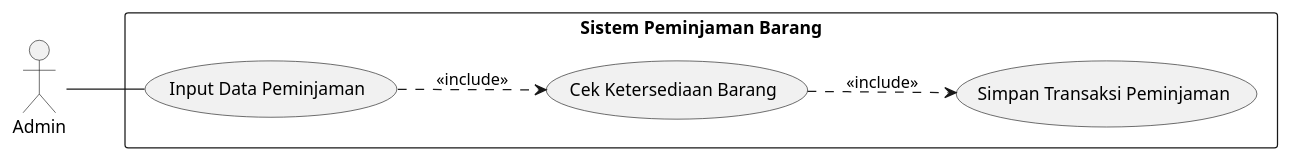
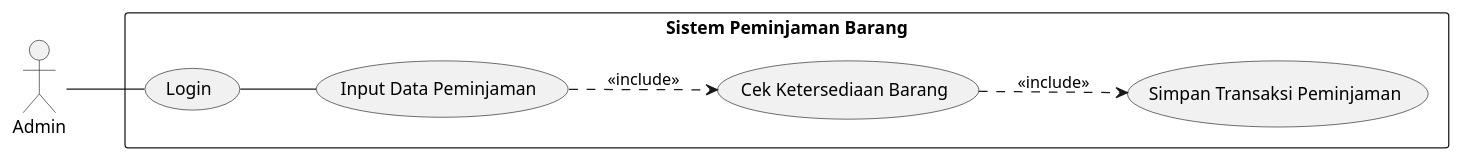
The diagram in Use Case Diagram/usecasePermintaanBarang.puml (Fannandya/diagramPABD), drawn with PlantUML before and after one commit.

Commit message:
fix permintaan barang

```diff
--- a/Use Case Diagram/usecasePermintaanBarang.puml
+++ b/Use Case Diagram/usecasePermintaanBarang.puml
@@ -1,14 +1,16 @@
 @startuml usecasePeminjamanBarang
 left to right direction
 actor Admin
 
 rectangle "Sistem Peminjaman Barang" {
   usecase "Input Data Peminjaman" as UC1
   usecase "Cek Ketersediaan Barang" as UC2
   usecase "Simpan Transaksi Peminjaman" as UC3
+  usecase "Login" as UC4
 }
 
-Admin -- UC1
+Admin -- UC4
+UC4 -- UC1
 UC1 ..> UC2 : <<include>>
 UC2 ..> UC3 : <<include>>
 @enduml
```
